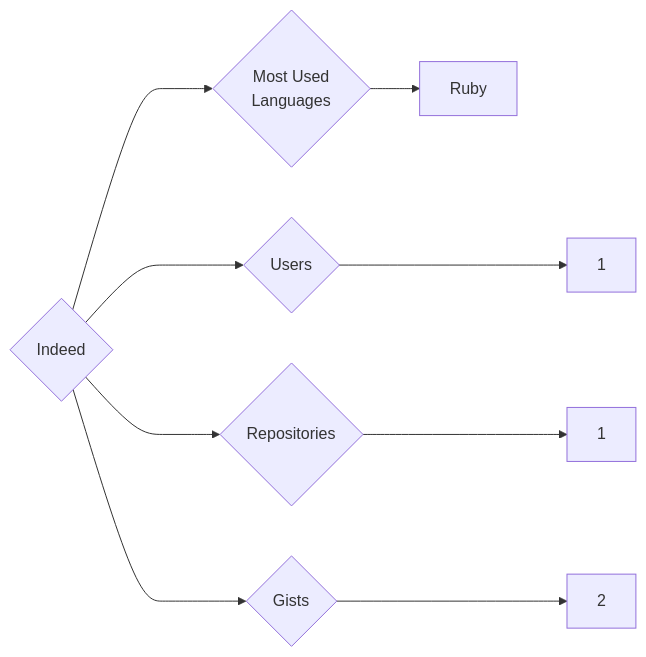
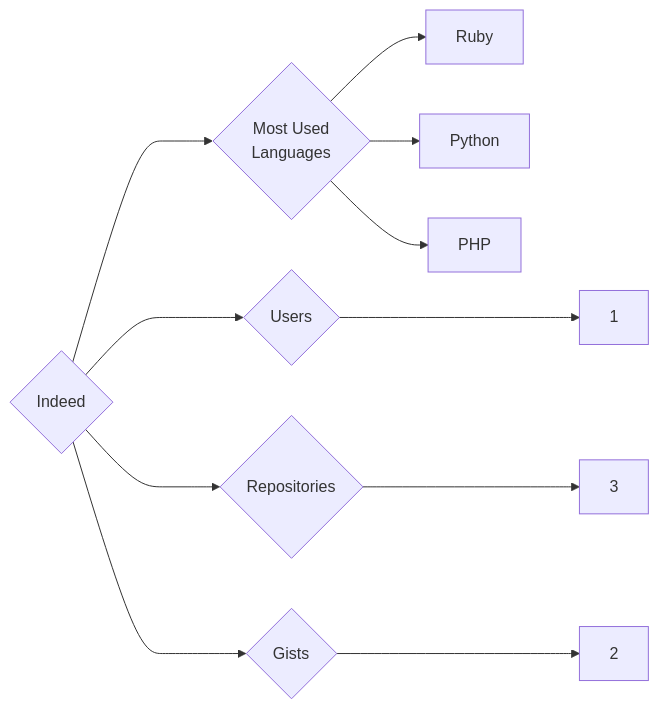
Before and after one commit to trickest/insiders: the diagram in targets/Indeed/README.md, drawn with Mermaid. The commit also changed 916 other files, not shown here.

````diff
--- a/targets/Indeed/README.md
+++ b/targets/Indeed/README.md
@@ -3,9 +3,11 @@
 ```mermaid
 graph LR
 COMPANY_NAME{Indeed}
 COMPANY_NAME ---> U{Users} ---> UN[1]
-COMPANY_NAME ---> R{Repositories} ---> RN[1]
+COMPANY_NAME ---> R{Repositories} ---> RN[3]
 COMPANY_NAME ---> G{Gists} ---> GN[2]
 COMPANY_NAME ---> ML{Most Used<br>Languages}
 ML --> Ruby[Ruby]
+ML --> Python[Python]
+ML --> PHP[PHP]
 ```
````
